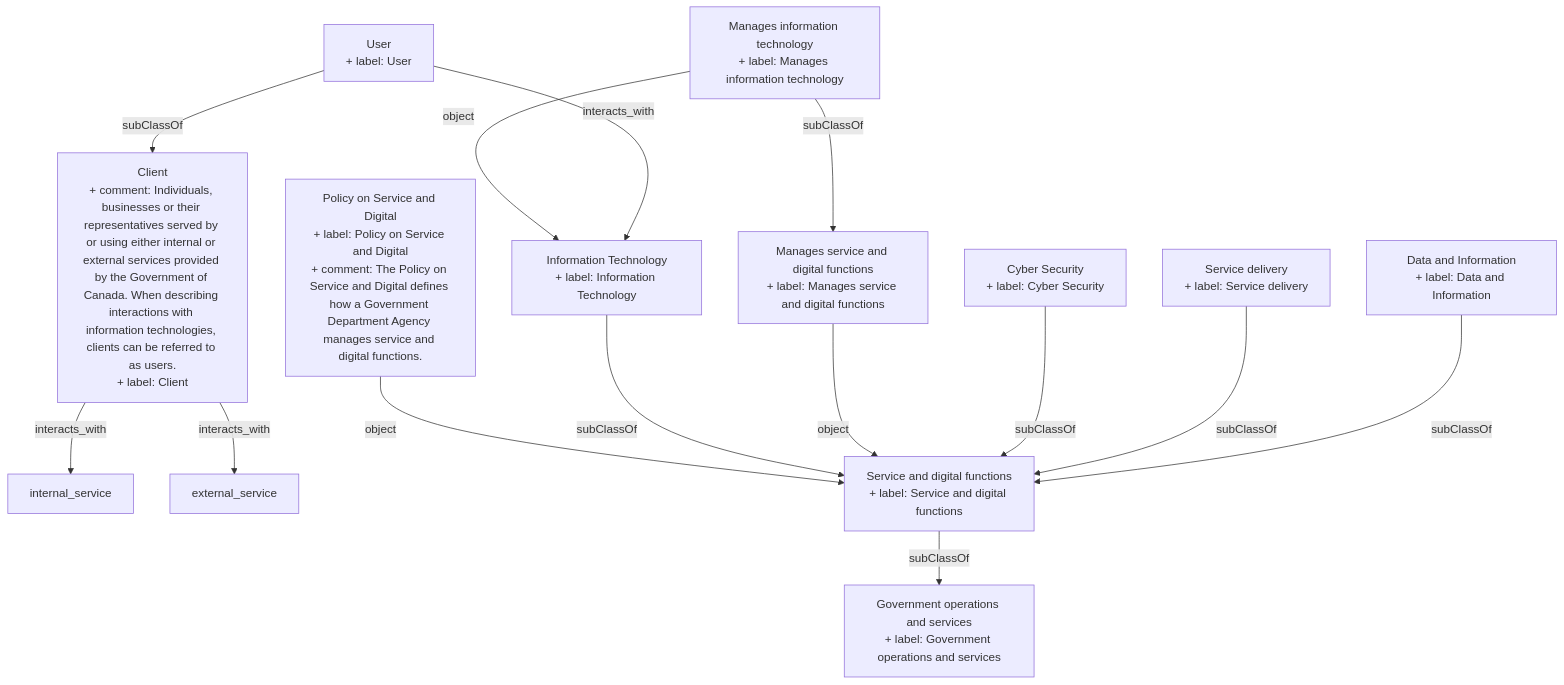
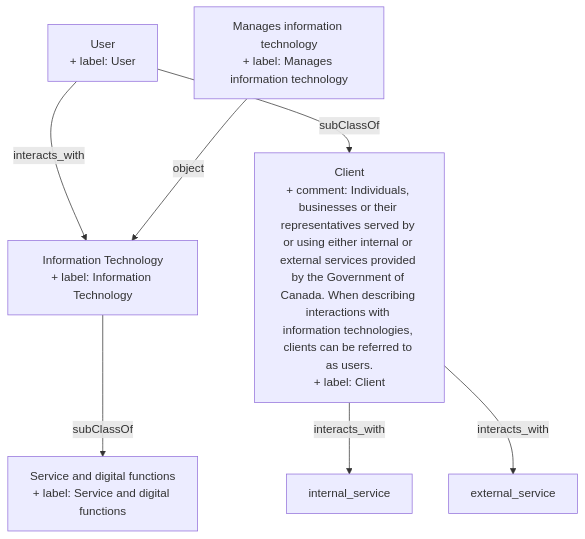
The diagram in content/policy on service and digital/user.md (heidingaway/heidi2), drawn with Mermaid before and after one commit. The commit also changed other lines of this file and 512 other files, not shown here.

````diff
--- a/content/policy on service and digital/user.md
+++ b/content/policy on service and digital/user.md
@@ -37,29 +31,16 @@
 ```mermaid
 graph TD
   User["User<br>+ label: User"]:::current-page-node
   Client["Client<br>+ comment: Individuals, businesses or their representatives served by or using either internal or external services provided by the Government of Canada. When describing interactions with information technologies, clients can be referred to as users.<br>+ label: Client"]
   Information_Technology["Information Technology<br>+ label: Information Technology"]
   internal_service["internal_service"]
   external_service["external_service"]
   Service_and_digital_functions["Service and digital functions<br>+ label: Service and digital functions"]
   Manages_information_technology["Manages information technology<br>+ label: Manages information technology"]
-  Government_operations_and_services["Government operations and services<br>+ label: Government operations and services"]
-  Policy_on_Service_and_Digital["Policy on Service and Digital<br>+ label: Policy on Service and Digital<br>+ comment: The Policy on Service and Digital defines how a Government Department Agency manages service and digital functions. "]
-  Manages_service_and_digital_functions["Manages service and digital functions<br>+ label: Manages service and digital functions"]
-  Service_delivery["Service delivery<br>+ label: Service delivery"]
-  Data_and_Information["Data and Information<br>+ label: Data and Information"]
-  Cyber_Security["Cyber Security<br>+ label: Cyber Security"]
+  User-->|" interacts_with "|Information_Technology
+  Client-->|" interacts_with "|internal_service
+  User-->|" subClassOf "|Client
+  Information_Technology-->|" subClassOf "|Service_and_digital_functions
   Manages_information_technology-->|" object "|Information_Technology
-  User-->|" interacts_with "|Information_Technology
-  Service_and_digital_functions-->|" subClassOf "|Government_operations_and_services
-  Policy_on_Service_and_Digital-->|" object "|Service_and_digital_functions
-  Client-->|" interacts_with "|internal_service
-  Information_Technology-->|" subClassOf "|Service_and_digital_functions
-  Manages_service_and_digital_functions-->|" object "|Service_and_digital_functions
   Client-->|" interacts_with "|external_service
-  User-->|" subClassOf "|Client
-  Cyber_Security-->|" subClassOf "|Service_and_digital_functions
-  Service_delivery-->|" subClassOf "|Service_and_digital_functions
-  Manages_information_technology-->|" subClassOf "|Manages_service_and_digital_functions
-  Data_and_Information-->|" subClassOf "|Service_and_digital_functions
 ```
````
